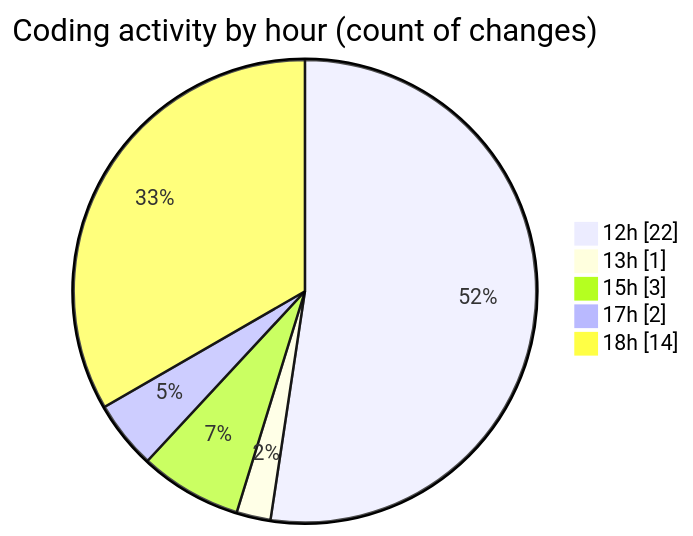
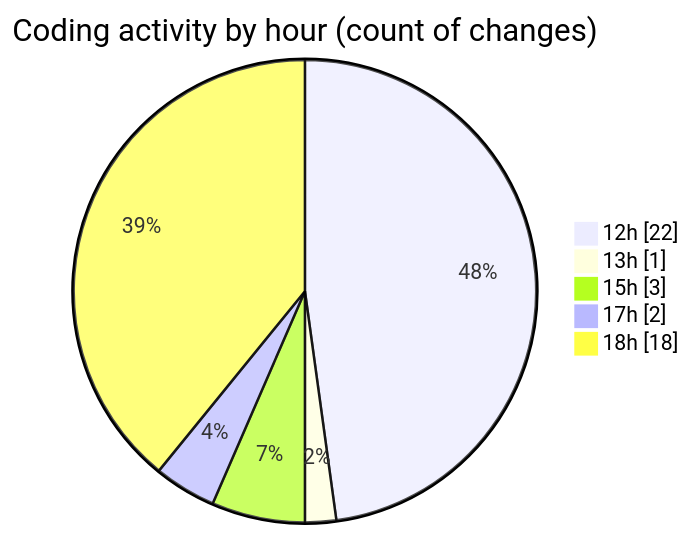
Before and after one commit to nxtqubesakshisongat/code-tracking: the second of 2 diagrams in 2025-05-16/argos-dev/README.md, drawn with Mermaid. The commit also changed other lines of this file and 1 other file, not shown here.

````diff
--- a/2025-05-16/argos-dev/README.md
+++ b/2025-05-16/argos-dev/README.md
@@ -32,9 +32,9 @@
 ```mermaid
 pie showData
 title Coding activity by hour (count of changes)
 "12h" : 22
 "13h" : 1
 "15h" : 3
 "17h" : 2
-"18h" : 14
+"18h" : 18
 ```
````
